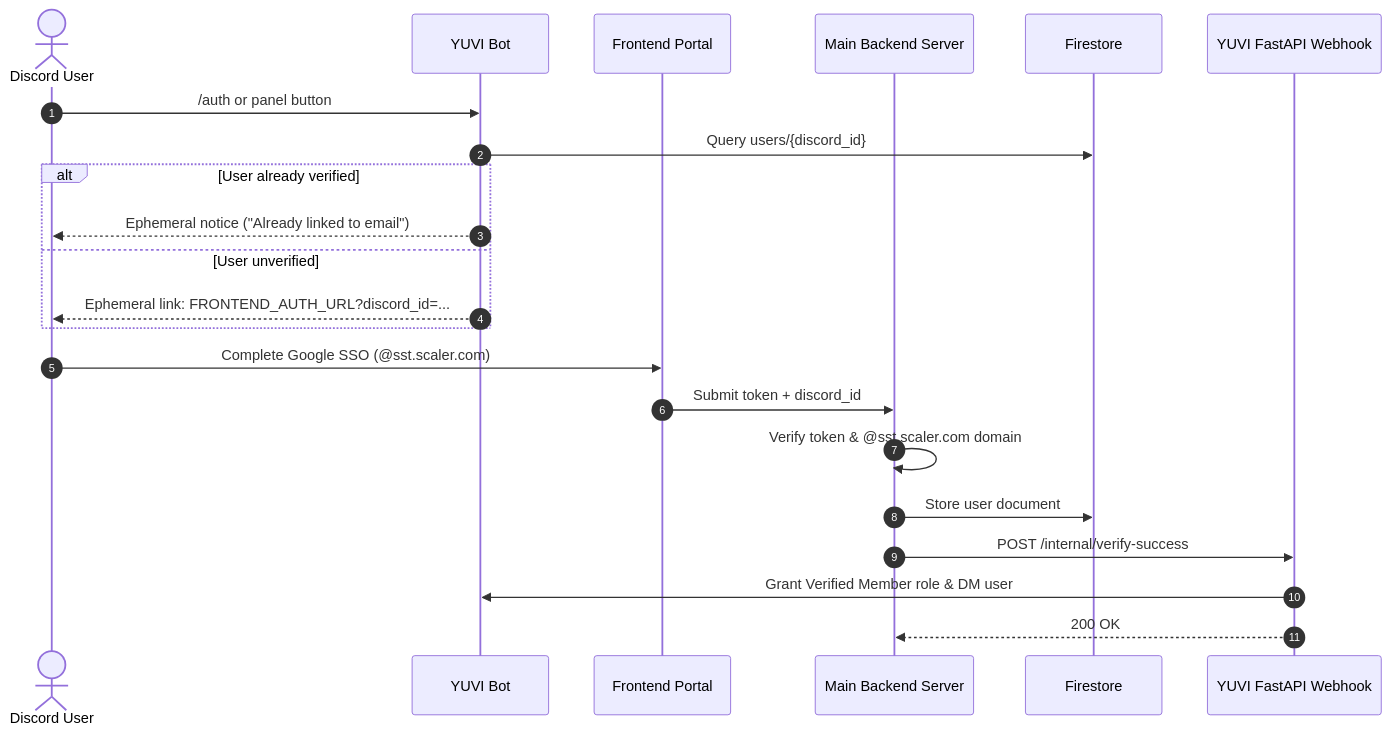
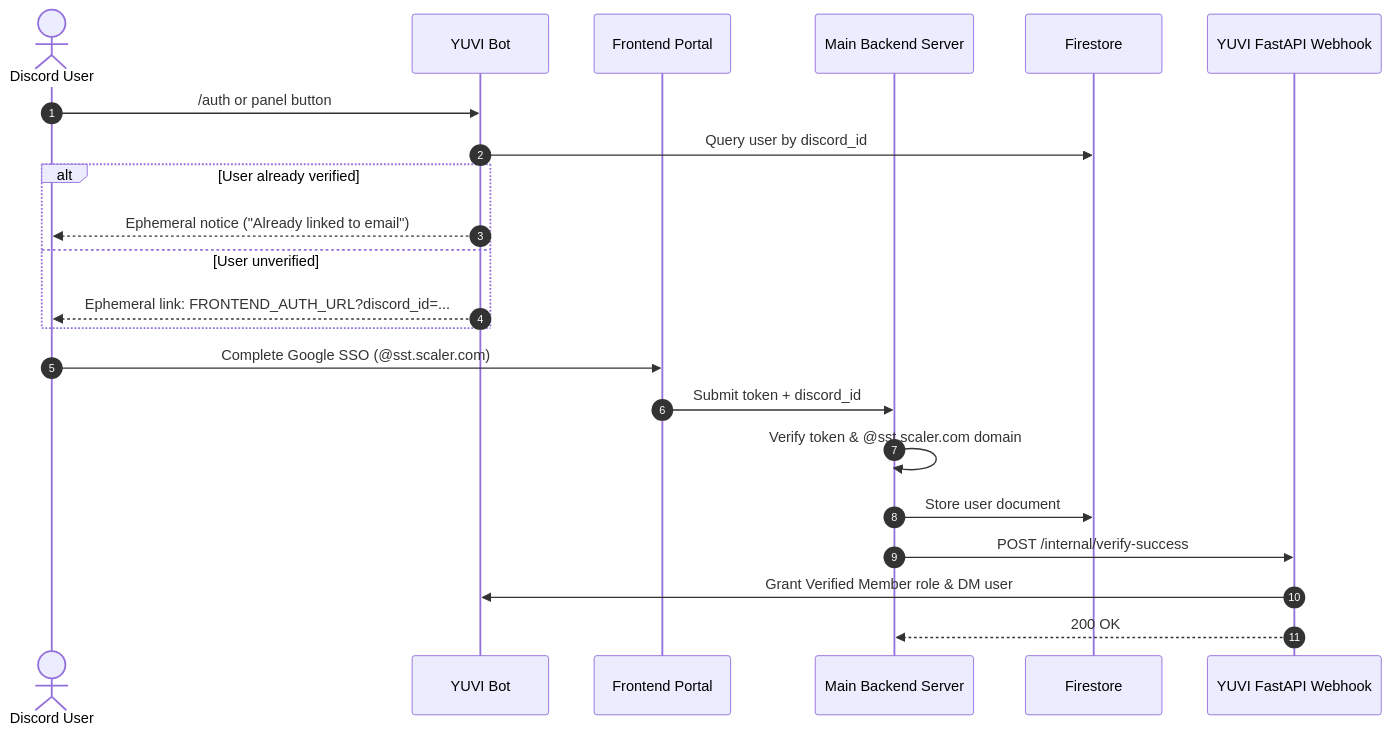
The diagram in README.md (Kr0issant/YUVI), drawn with Mermaid before and after one commit. The commit also changed other lines of this file and 1 other file, not shown here.

Commit message:
only store by uid in firestore users collection (not by email separately)

````diff
--- a/README.md
+++ b/README.md
@@ -50,26 +50,26 @@
 ```mermaid
 sequenceDiagram
     autonumber
     actor User as Discord User
     participant Bot as YUVI Bot
     participant Web as Frontend Portal
     participant API as Main Backend Server
     participant DB as Firestore
     participant Server as YUVI FastAPI Webhook
 
     User->>Bot: /auth or panel button
-    Bot->>DB: Query users/{discord_id}
+    Bot->>DB: Query user by discord_id
     alt User already verified
         Bot-->>User: Ephemeral notice ("Already linked to email")
     else User unverified
         Bot-->>User: Ephemeral link: FRONTEND_AUTH_URL?discord_id=...
     end
 
     User->>Web: Complete Google SSO (@sst.scaler.com)
     Web->>API: Submit token + discord_id
     API->>API: Verify token & @sst.scaler.com domain
     API->>DB: Store user document
     API->>Server: POST /internal/verify-success
     Server->>Bot: Grant Verified Member role & DM user
     Server-->>API: 200 OK
 ```
````
